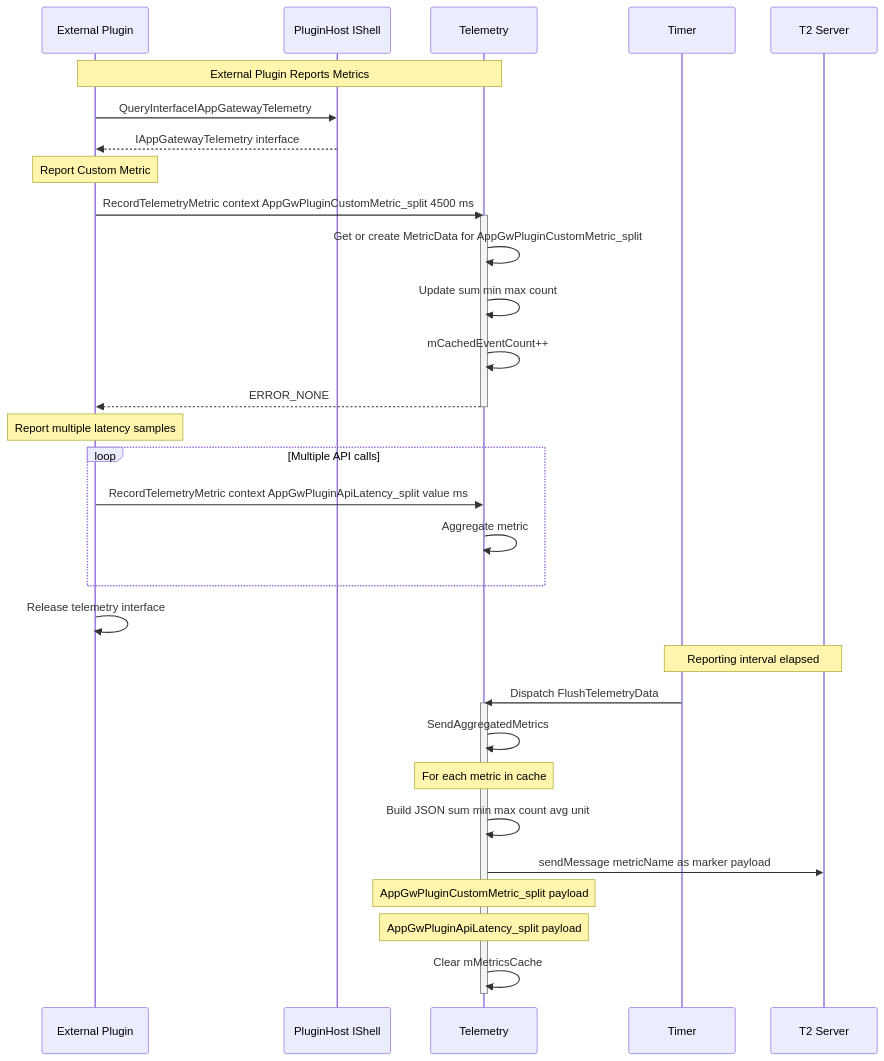
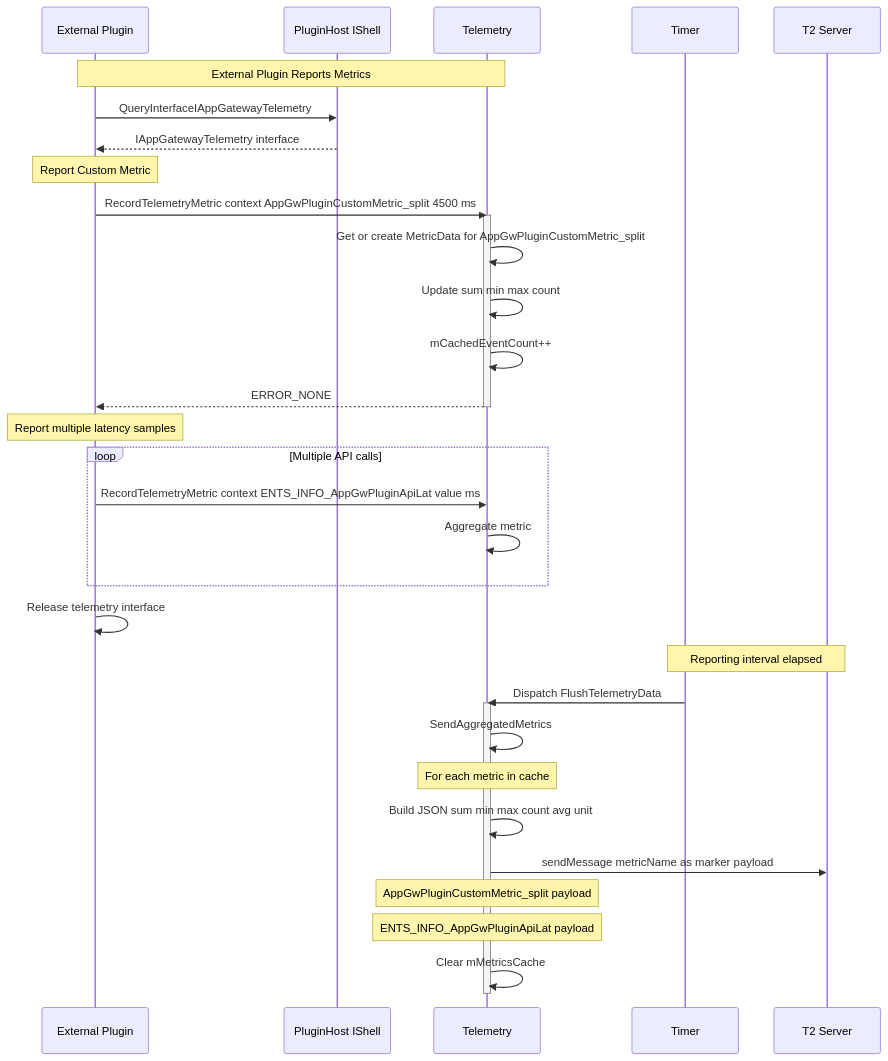
One commit to rdkcentral/entservices-appgateway changed the diagram in AppGateway/docs/sequence-diagrams/07_COM_RPC_Metric_Recording.md. Above: the diagram before and after it, drawn with Mermaid. The commit also changed other lines of this file and 11 other files, not shown here.

````diff
--- a/AppGateway/docs/sequence-diagrams/07_COM_RPC_Metric_Recording.md
+++ b/AppGateway/docs/sequence-diagrams/07_COM_RPC_Metric_Recording.md
@@ -9,47 +9,47 @@
 ```mermaid
 sequenceDiagram
     participant Ext as External Plugin
     participant Shell as PluginHost IShell
     participant AGT as Telemetry
     participant Timer as Timer
     participant T2 as T2 Server
 
     Note over Ext,AGT: External Plugin Reports Metrics
     
     Ext->>Shell: QueryInterfaceIAppGatewayTelemetry
     Shell-->>Ext: IAppGatewayTelemetry interface
     
     Note over Ext: Report Custom Metric
     Ext->>AGT: RecordTelemetryMetric context AppGwPluginCustomMetric_split 4500 ms
     activate AGT
     AGT->>AGT: Get or create MetricData for AppGwPluginCustomMetric_split
     AGT->>AGT: Update sum min max count
     AGT->>AGT: mCachedEventCount++
     AGT-->>Ext: ERROR_NONE
     deactivate AGT
     
     Note over Ext: Report multiple latency samples
     loop Multiple API calls
-        Ext->>AGT: RecordTelemetryMetric context AppGwPluginApiLatency_split value ms
+        Ext->>AGT: RecordTelemetryMetric context ENTS_INFO_AppGwPluginApiLat value ms
         AGT->>AGT: Aggregate metric
     end
     
     Ext->>Ext: Release telemetry interface
 
     Note over Timer,T2: Reporting interval elapsed
 
     Timer->>AGT: Dispatch FlushTelemetryData
     activate AGT
     
     AGT->>AGT: SendAggregatedMetrics
     
     Note over AGT: For each metric in cache
     AGT->>AGT: Build JSON sum min max count avg unit
     AGT->>T2: sendMessage metricName as marker payload
     
     Note over AGT: AppGwPluginCustomMetric_split payload
-    Note over AGT: AppGwPluginApiLatency_split payload
+    Note over AGT: ENTS_INFO_AppGwPluginApiLat payload
     
     AGT->>AGT: Clear mMetricsCache
     deactivate AGT
 ```
````
